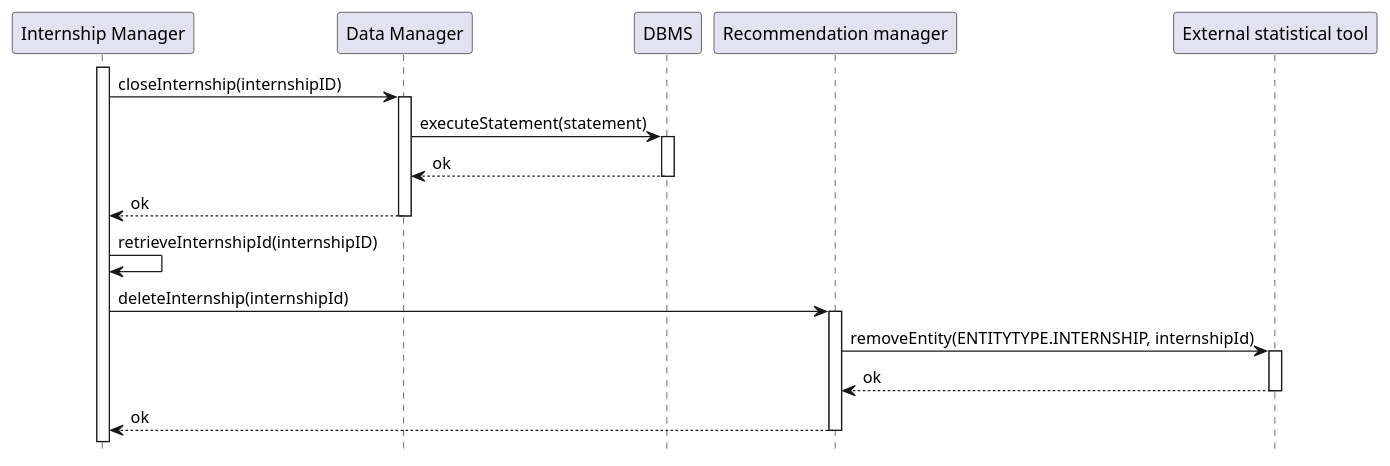
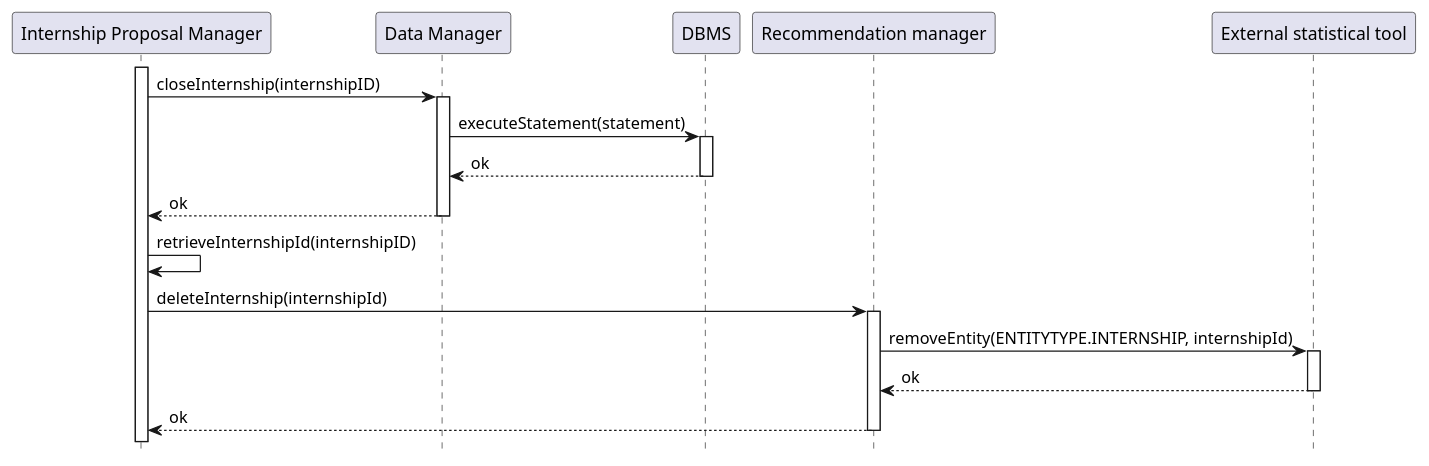
Before and after one commit to matti8702/R_and_DD_project_SE2: the diagram in DD/Architectural_design/uml_diagrams/RV29_diagram.puml, drawn with PlantUML. The commit also changed 7 other files, not shown here.

```diff
--- a/DD/Architectural_design/uml_diagrams/RV29_diagram.puml
+++ b/DD/Architectural_design/uml_diagrams/RV29_diagram.puml
@@ -1,28 +1,28 @@
 @startuml RV29
 hide footbox
 
-participant "Internship Manager" as IM
+participant "Internship Proposal Manager" as IM
 participant "Data Manager" as DM
 participant "DBMS" as DB
 participant "Recommendation manager" as RM
 participant "External statistical tool" as ESAT
 
 activate IM
 IM -> DM   : closeInternship(internshipID)
 activate DM
 DM -> DB   : executeStatement(statement)
 activate DB
 DB --> DM  : ok
 deactivate DB
 DM --> IM  : ok
 deactivate DM
 IM -> IM   : retrieveInternshipId(internshipID)
 IM -> RM   : deleteInternship(internshipId)
 activate RM
 RM -> ESAT   : removeEntity(ENTITYTYPE.INTERNSHIP, internshipId)
 activate ESAT
 ESAT --> RM : ok
 deactivate ESAT
 RM --> IM  : ok
 deactivate RM
 @enduml
```
